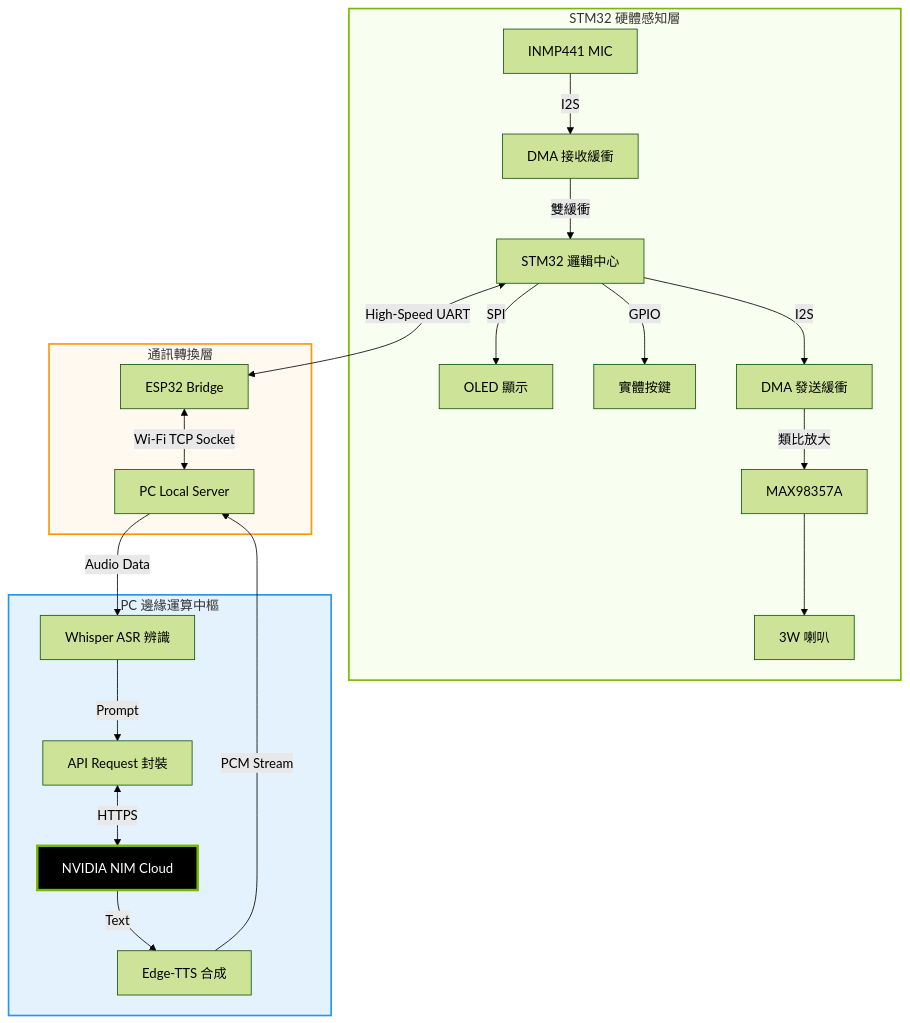
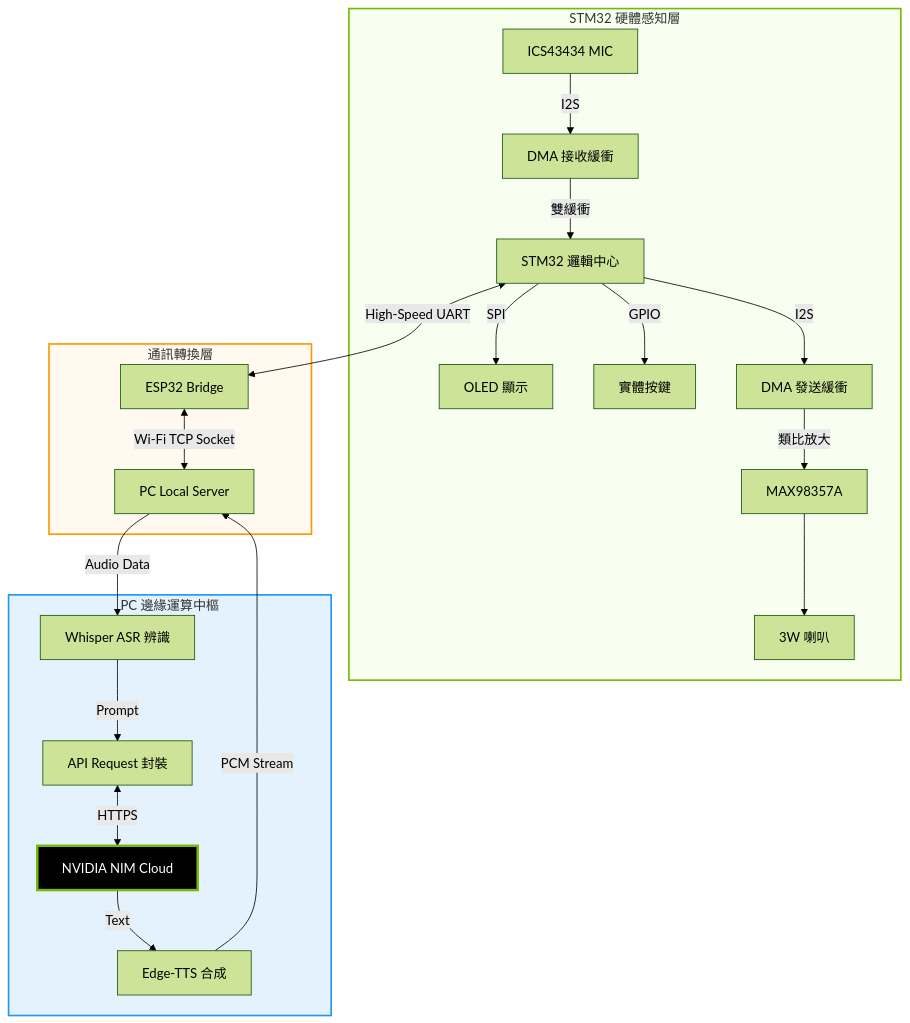
The diagram in README.md (ATGXicefires/STM32_final_project), drawn with Mermaid (forest theme) before and after one commit. The commit also changed other lines of this file and 15 other files, not shown here.

````diff
--- a/README.md
+++ b/README.md
@@ -12,34 +12,34 @@
 ```mermaid
 graph TD
 %% 定義硬體終端
 subgraph Edge_Terminal [STM32 硬體感知層]
-    MIC[INMP441 MIC] -->|I2S| DMA_RX[DMA 接收緩衝]
+    MIC[ICS43434 MIC] -->|I2S| DMA_RX[DMA 接收緩衝]
     DMA_RX -->|雙緩衝| MCU_CORE[STM32 邏輯中心]
     MCU_CORE -->|SPI| OLED[OLED 顯示]
     MCU_CORE -->|GPIO| BTN[實體按鍵]
     MCU_CORE -->|I2S| DMA_TX[DMA 發送緩衝]
     DMA_TX -->|類比放大| AMP[MAX98357A]
     AMP --> SPK[3W 喇叭]
 end
 
 %% 定義通訊中繼
 subgraph Communication_Bridge [通訊轉換層]
     MCU_CORE <-->|High-Speed UART| ESP[ESP32 Bridge]
     ESP <-->|Wi-Fi TCP Socket| PC_SRV[PC Local Server]
 end
 
 %% 定義後端處理
 subgraph Edge_Compute_Center [PC 邊緣運算中樞]
     PC_SRV -->|Audio Data| ASR[Whisper ASR 辨識]
     ASR -->|Prompt| NIM_REQ[API Request 封裝]
     NIM_REQ <-->|HTTPS| NIM_API[NVIDIA NIM Cloud]
     NIM_API -->|Text| TTS[Edge-TTS 合成]
     TTS -->|PCM Stream| PC_SRV
 end
 
 %% 樣式設定
 style Edge_Terminal fill:#f9fff0,stroke:#76B900,stroke-width:2px
 style Communication_Bridge fill:#fff9f0,stroke:#ff9800,stroke-width:2px
 style Edge_Compute_Center fill:#e3f2fd,stroke:#2196f3,stroke-width:2px
 style NIM_API fill:#000,color:#fff,stroke:#76B900,stroke-width:3px
 ```
````
